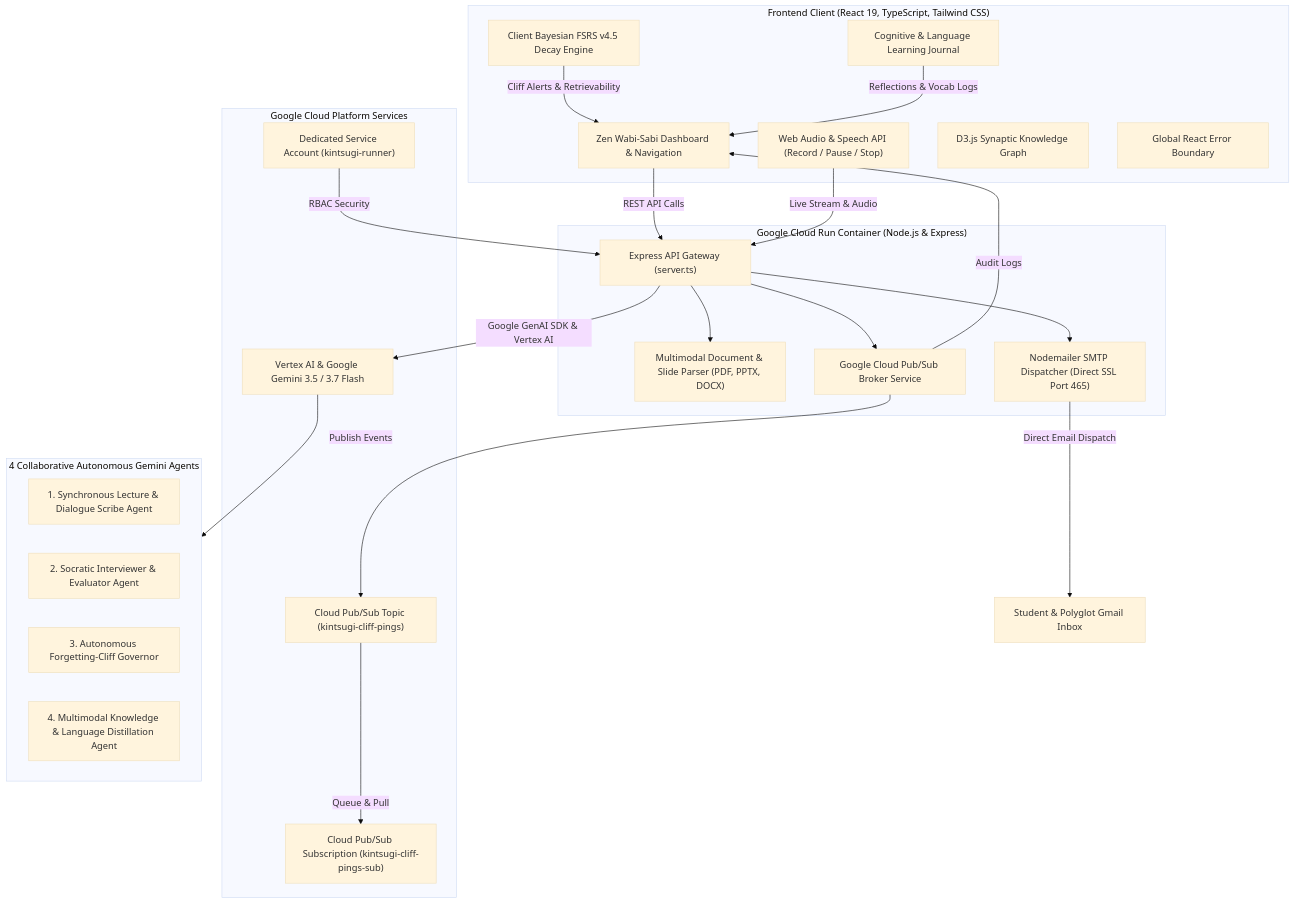
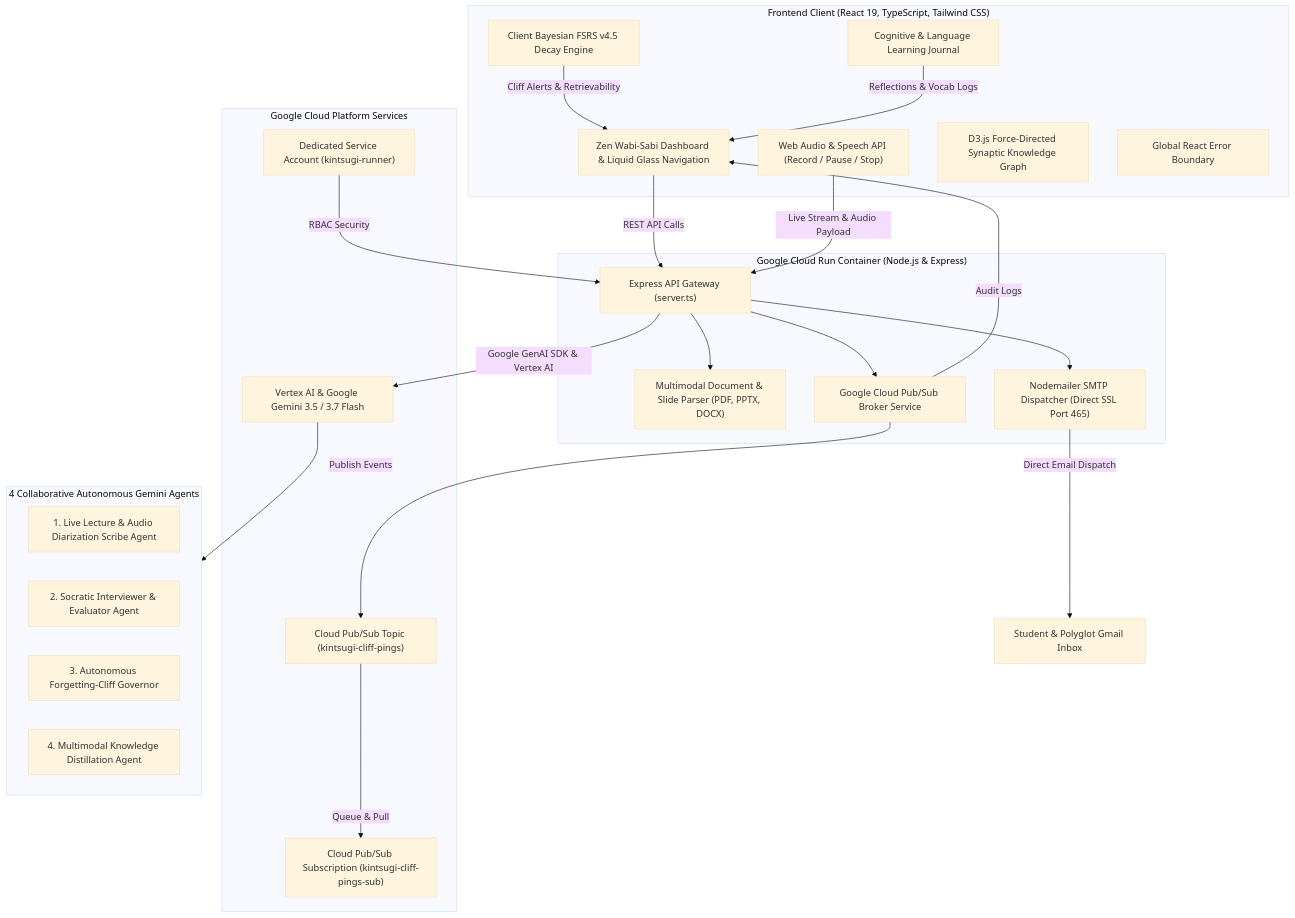
The diagram in README.md (rafifernandaa/kintsugi-memory), drawn with Mermaid (base theme) before and after one commit. The commit also changed other lines of this file and 12 other files, not shown here.

````diff
--- a/README.md
+++ b/README.md
@@ -27,54 +29,54 @@
 ```mermaid
 flowchart TB
     subgraph Client["Frontend Client (React 19, TypeScript, Tailwind CSS)"]
-        UI["Zen Wabi-Sabi Dashboard & Navigation"]
+        UI["Zen Wabi-Sabi Dashboard & Liquid Glass Navigation"]
         AudioEngine["Web Audio & Speech API (Record / Pause / Stop)"]
-        D3Graph["D3.js Synaptic Knowledge Graph"]
+        D3Graph["D3.js Force-Directed Synaptic Knowledge Graph"]
         FSRSEngine["Client Bayesian FSRS v4.5 Decay Engine"]
         JournalEngine["Cognitive & Language Learning Journal"]
         ErrBoundary["Global React Error Boundary"]
     end
 
     subgraph Backend["Google Cloud Run Container (Node.js & Express)"]
         Server["Express API Gateway (server.ts)"]
         DocParser["Multimodal Document & Slide Parser (PDF, PPTX, DOCX)"]
         SmtpService["Nodemailer SMTP Dispatcher (Direct SSL Port 465)"]
         PubSubService["Google Cloud Pub/Sub Broker Service"]
     end
 
     subgraph GCP["Google Cloud Platform Services"]
         PubSubTopic["Cloud Pub/Sub Topic (kintsugi-cliff-pings)"]
         PubSubSub["Cloud Pub/Sub Subscription (kintsugi-cliff-pings-sub)"]
         VertexAI["Vertex AI & Google Gemini 3.5 / 3.7 Flash"]
         IAM["Dedicated Service Account (kintsugi-runner)"]
     end
 
     subgraph AutonomousAgents["4 Collaborative Autonomous Gemini Agents"]
-        AgentScribe["1. Synchronous Lecture & Dialogue Scribe Agent"]
+        AgentScribe["1. Live Lecture & Audio Diarization Scribe Agent"]
         AgentSocratic["2. Socratic Interviewer & Evaluator Agent"]
         AgentGovernor["3. Autonomous Forgetting-Cliff Governor"]
-        AgentSynthesizer["4. Multimodal Knowledge & Language Distillation Agent"]
+        AgentSynthesizer["4. Multimodal Knowledge Distillation Agent"]
     end
 
     %% Client to Backend
     UI -->|REST API Calls| Server
-    AudioEngine -->|Live Stream & Audio| Server
+    AudioEngine -->|Live Stream & Audio Payload| Server
     FSRSEngine -->|Cliff Alerts & Retrievability| UI
     JournalEngine -->|Reflections & Vocab Logs| UI
 
     %% Backend internal routing
     Server --> DocParser
     Server --> SmtpService
     Server --> PubSubService
 
     %% Backend to GCP
     PubSubService -->|Publish Events| PubSubTopic
     PubSubTopic -->|Queue & Pull| PubSubSub
     Server -->|"Google GenAI SDK & Vertex AI"| VertexAI
     VertexAI --> AutonomousAgents
     IAM -->|RBAC Security| Server
 
     %% Autonomous Delivery
     SmtpService -->|Direct Email Dispatch| UserInbox["Student & Polyglot Gmail Inbox"]
     PubSubService -->|Audit Logs| UI
 ```
````
